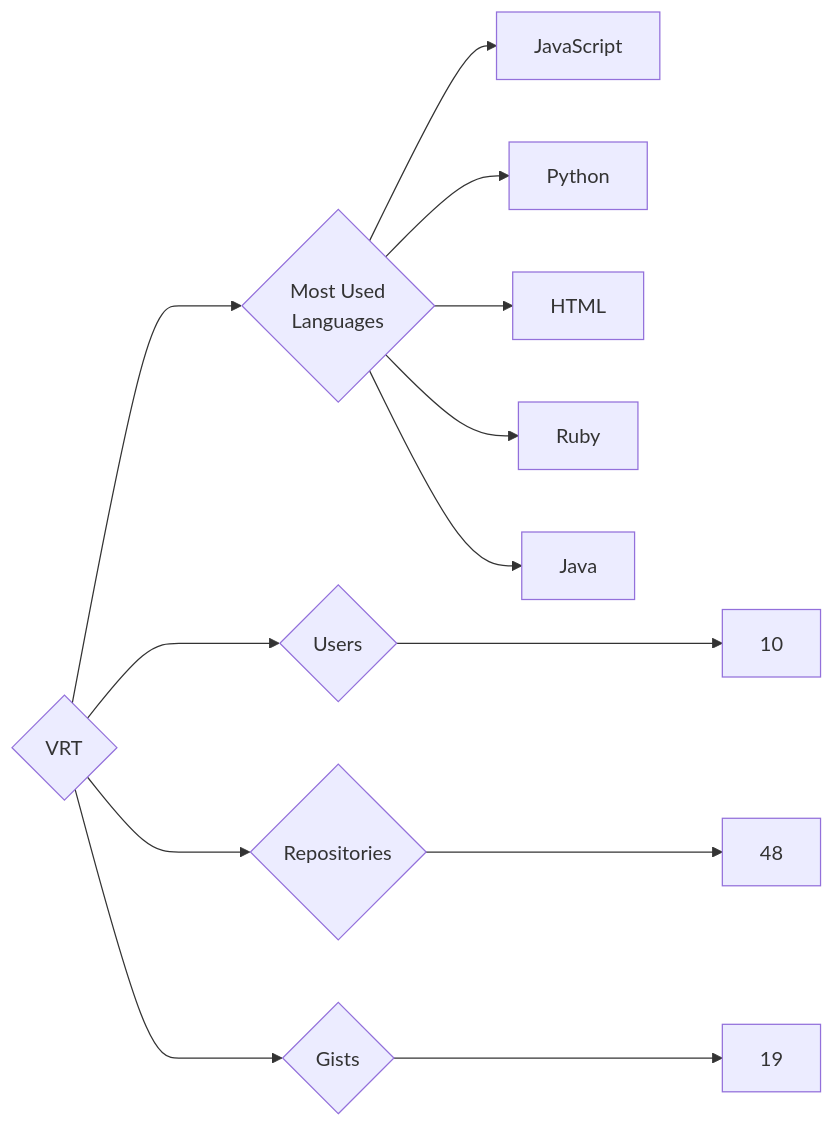
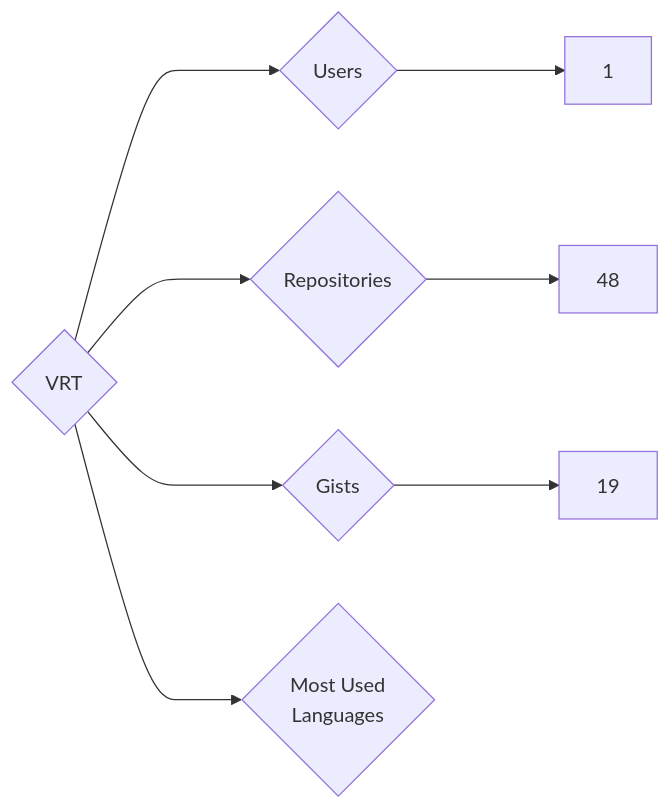
Before and after one commit to trickest/insiders: the diagram in targets/VRT/README.md, drawn with Mermaid. The commit also changed 898 other files, not shown here.

````diff
--- a/targets/VRT/README.md
+++ b/targets/VRT/README.md
@@ -3,13 +3,8 @@
 ```mermaid
 graph LR
 COMPANY_NAME{VRT}
-COMPANY_NAME ---> U{Users} ---> UN[10]
+COMPANY_NAME ---> U{Users} ---> UN[1]
 COMPANY_NAME ---> R{Repositories} ---> RN[48]
 COMPANY_NAME ---> G{Gists} ---> GN[19]
 COMPANY_NAME ---> ML{Most Used<br>Languages}
-ML --> JavaScript[JavaScript]
-ML --> Python[Python]
-ML --> HTML[HTML]
-ML --> Ruby[Ruby]
-ML --> Java[Java]
 ```
````
